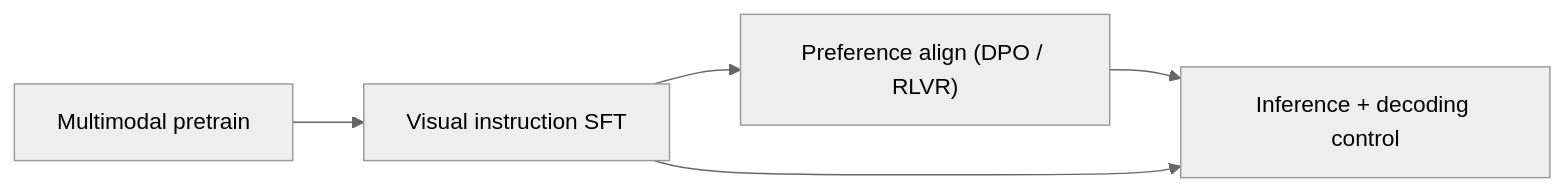
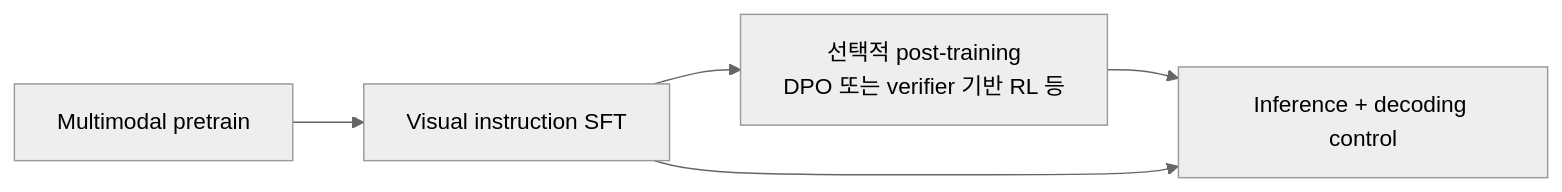
The first of 2 diagrams in content/vlm/instruction-tuning.ko.md (beomyoung-kim/ml_study), drawn with Mermaid (neutral theme) before and after one commit. The commit also changed other lines of this file and 209 other files, not shown here.

````diff
--- a/content/vlm/instruction-tuning.ko.md
+++ b/content/vlm/instruction-tuning.ko.md
@@ -10,7 +36,7 @@
 ```mermaid
 flowchart LR
   PT["Multimodal pretrain"] --> SFT["Visual instruction SFT"]
-  SFT --> PREF["Preference align (DPO / RLVR)"]
-  PREF --> DEC["Inference + decoding control"]
-  SFT --> DEC
+  SFT --> PREF["선택적 post-training<br/>DPO 또는 verifier 기반 RL 등"]
+  PREF --> InstDecode["Inference + decoding control"]
+  SFT --> InstDecode
 ```
````
